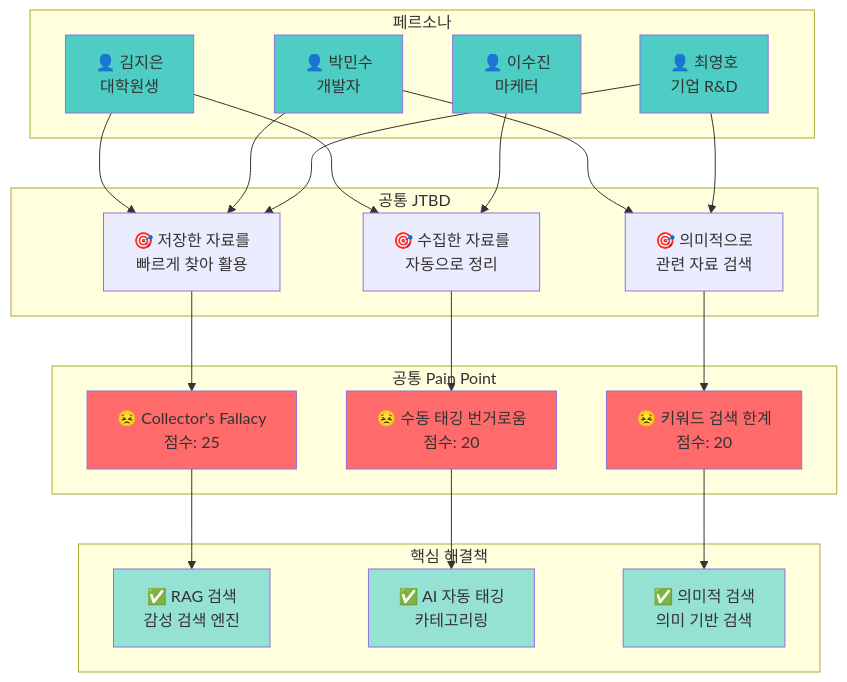
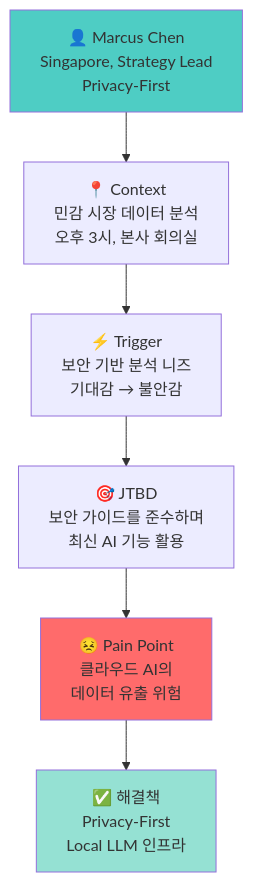
The fourth of 5 diagrams in docs/프로젝트/output/PHASE3-페르소나JTBD/PHASE3-Step5-통합다이어그램-2026-01-10.md (gus2902/new_learn), drawn with Mermaid before and after one commit. The commit also changed other lines of this file and 25 other files, not shown here.

````diff
--- a/docs/프로젝트/output/PHASE3-페르소나JTBD/PHASE3-Step5-통합다이어그램-2026-01-10.md
+++ b/docs/프로젝트/output/PHASE3-페르소나JTBD/PHASE3-Step5-통합다이어그램-2026-01-10.md
@@ -308,54 +89,20 @@
 ```mermaid
 graph TB
-    subgraph "페르소나"
-        P1["👤 김지은<br/>대학원생"]
-        P2["👤 박민수<br/>개발자"]
-        P3["👤 이수진<br/>마케터"]
-        P4["👤 최영호<br/>기업 R&D"]
-    end
+    P4["👤 Marcus Chen<br/>Singapore, Strategy Lead<br/>Privacy-First"]
     
-    subgraph "공통 JTBD"
-        J1["🎯 저장한 자료를<br/>빠르게 찾아 활용"]
-        J2["🎯 수집한 자료를<br/>자동으로 정리"]
-        J3["🎯 의미적으로<br/>관련 자료 검색"]
-    end
+    C4["📍 Context<br/>민감 시장 데이터 분석<br/>오후 3시, 본사 회의실"]
     
-    subgraph "공통 Pain Point"
-        PP1["😣 Collector's Fallacy<br/>점수: 25"]
-        PP2["😣 수동 태깅 번거로움<br/>점수: 20"]
-        PP3["😣 키워드 검색 한계<br/>점수: 20"]
-    end
+    T4["⚡ Trigger<br/>보안 기반 분석 니즈<br/>기대감 → 불안감"]
     
-    subgraph "핵심 해결책"
-        S1["✅ RAG 검색<br/>감성 검색 엔진"]
-        S2["✅ AI 자동 태깅<br/>카테고리링"]
-        S3["✅ 의미적 검색<br/>의미 기반 검색"]
-    end
+    J4["🎯 JTBD<br/>보안 가이드를 준수하며<br/>최신 AI 기능 활용"]
     
-    P1 --> J1
-    P1 --> J2
-    P2 --> J1
-    P2 --> J3
-    P3 --> J2
-    P4 --> J1
-    P4 --> J3
+    PP4["😣 Pain Point<br/>클라우드 AI의<br/>데이터 유출 위험"]
     
-    J1 --> PP1
-    J2 --> PP2
-    J3 --> PP3
+    S4["✅ 해결책<br/>Privacy-First<br/>Local LLM 인프라"]
     
-    PP1 --> S1
-    PP2 --> S2
-    PP3 --> S3
+    P4 --> C4 --> T4 --> J4 --> PP4 --> S4
     
-    style P1 fill:#4ecdc4
-    style P2 fill:#4ecdc4
-    style P3 fill:#4ecdc4
     style P4 fill:#4ecdc4
-    style PP1 fill:#ff6b6b
-    style PP2 fill:#ff6b6b
-    style PP3 fill:#ff6b6b
-    style S1 fill:#95e1d3
-    style S2 fill:#95e1d3
-    style S3 fill:#95e1d3
+    style PP4 fill:#ff6b6b
+    style S4 fill:#95e1d3
 ```
````
